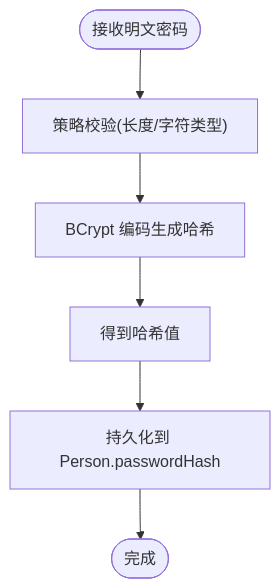
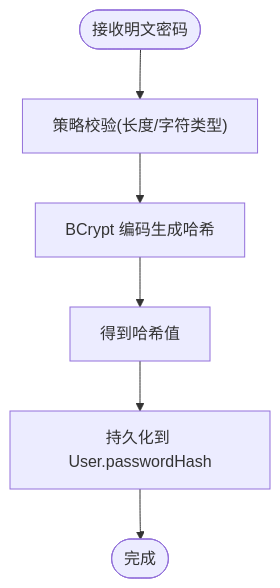
One commit to fq0121104930716/iam-platform changed the fourth of 7 diagrams in .qoder/repowiki/zh/content/项目概述/核心功能/用户管理功能.md. Above: the diagram before and after it, drawn with Mermaid. The commit also changed other lines of this file and 75 other files, not shown here.

````diff
--- a/.qoder/repowiki/zh/content/项目概述/核心功能/用户管理功能.md
+++ b/.qoder/repowiki/zh/content/项目概述/核心功能/用户管理功能.md
@@ -264,8 +276,8 @@
 ```mermaid
 flowchart TD
 Start(["接收明文密码"]) --> Validate["策略校验(长度/字符类型)"]
 Validate --> Encode["BCrypt 编码生成哈希"]
 Encode --> Hashed["得到哈希值"]
-Hashed --> Save["持久化到 Person.passwordHash"]
+Hashed --> Save["持久化到 User.passwordHash"]
 Save --> End(["完成"])
 ```
````
